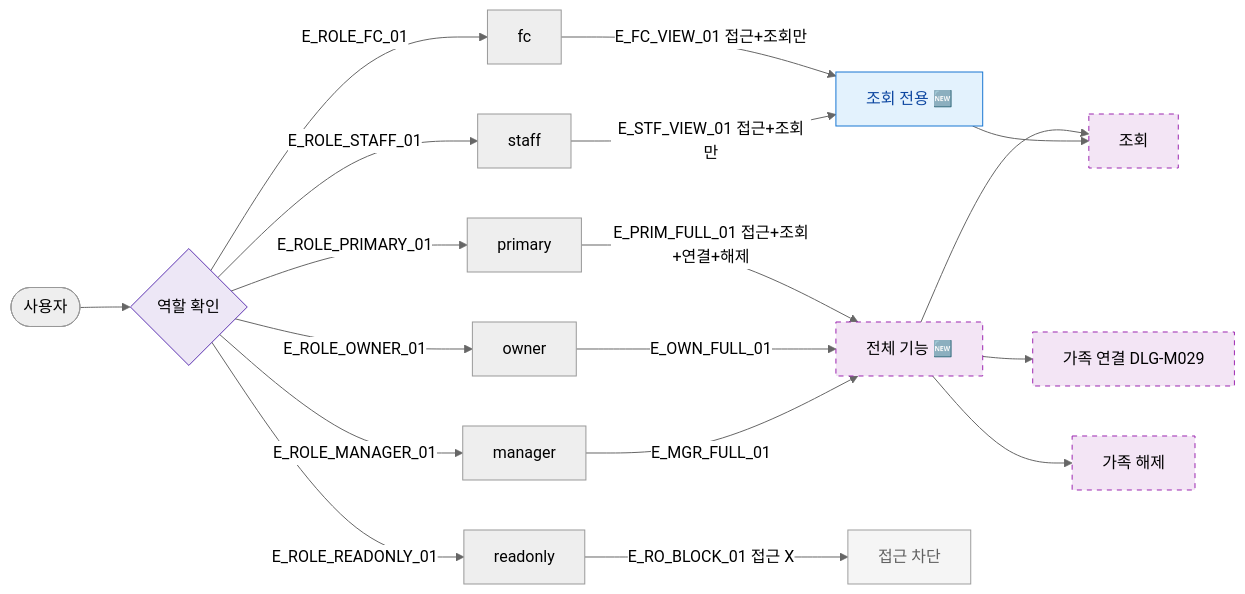
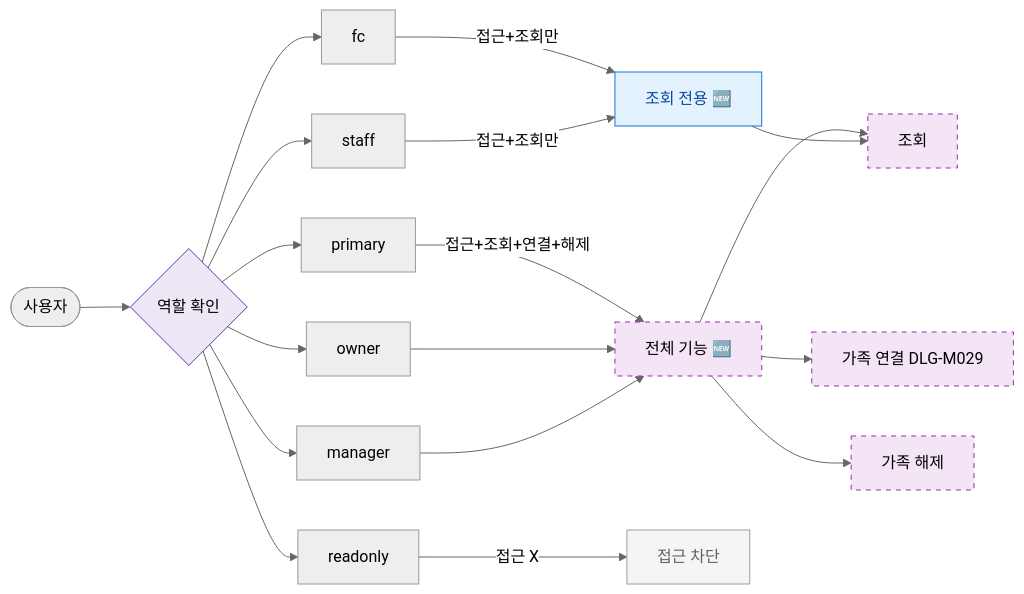
One commit to dev-spogym/admin-pando changed the diagram in docs/다이어그램/D02_회원관리/SCR-M008_가족회원/F7_권한분기.md. Above: the diagram before and after it, drawn with Mermaid (neutral theme). The commit also changed other lines of this file and 1660 other files, not shown here.

First line of the commit message:
다이어그램: 기획자/클라이언트 납품본으로 정리

````diff
--- a/docs/다이어그램/D02_회원관리/SCR-M008_가족회원/F7_권한분기.md
+++ b/docs/다이어그램/D02_회원관리/SCR-M008_가족회원/F7_권한분기.md
@@ -22,37 +20,37 @@
 ```mermaid
 flowchart LR
   USER([사용자])
   USER --> ROLE{역할 확인}
 
-  ROLE -->|E_ROLE_PRIMARY_01| PRIM[primary]
-  ROLE -->|E_ROLE_OWNER_01| OWN[owner]
-  ROLE -->|E_ROLE_MANAGER_01| MGR[manager]
-  ROLE -->|E_ROLE_FC_01| FC[fc]
-  ROLE -->|E_ROLE_STAFF_01| STF[staff]
-  ROLE -->|E_ROLE_READONLY_01| RO[readonly]
+  ROLE --> PRIM[primary]
+  ROLE --> OWN[owner]
+  ROLE --> MGR[manager]
+  ROLE --> FC[fc]
+  ROLE --> STF[staff]
+  ROLE --> RO[readonly]
 
-  PRIM -->|E_PRIM_FULL_01 접근+조회+연결+해제| FULL[전체 기능 🆕]
-  OWN  -->|E_OWN_FULL_01| FULL
-  MGR  -->|E_MGR_FULL_01| FULL
+  PRIM -->|접근+조회+연결+해제|FULL[전체 기능 🆕]
+  OWN --> FULL
+  MGR --> FULL
 
-  FC   -->|E_FC_VIEW_01 접근+조회만| VIEW_ONLY[조회 전용 🆕]
-  STF  -->|E_STF_VIEW_01 접근+조회만| VIEW_ONLY
+  FC -->|접근+조회만|VIEW_ONLY[조회 전용 🆕]
+  STF -->|접근+조회만|VIEW_ONLY
 
-  RO   -->|E_RO_BLOCK_01 접근 X| BLOCKED[접근 차단]
+  RO -->|접근 X|BLOCKED[접근 차단]
 
   FULL --> ACT_VIEW[조회]
   FULL --> ACT_LINK[가족 연결 DLG-M029]
   FULL --> ACT_UNLINK[가족 해제]
 
   VIEW_ONLY --> ACT_VIEW
 
-  classDef screen      fill:#E3F2FD,stroke:#1976D2,color:#0D47A1
-  classDef newFeature  fill:#F3E5F5,stroke:#9C27B0,stroke-dasharray:5 5
+  classDef screen fill:#E3F2FD,stroke:#1976D2,color:#0D47A1
+  classDef newFeature fill:#F3E5F5,stroke:#9C27B0,stroke-dasharray:5 5
   classDef rbacBlocked fill:#F5F5F5,stroke:#9E9E9E,color:#616161
-  classDef system      fill:#EDE7F6,stroke:#5E35B2
+  classDef system fill:#EDE7F6,stroke:#5E35B2
 
   class FULL,ACT_VIEW,ACT_LINK,ACT_UNLINK newFeature
   class VIEW_ONLY screen
   class BLOCKED rbacBlocked
   class ROLE system
 ```
````
